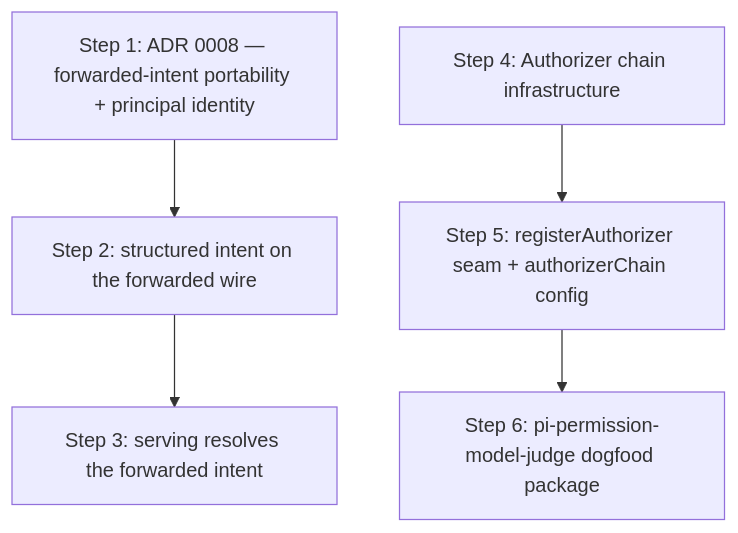
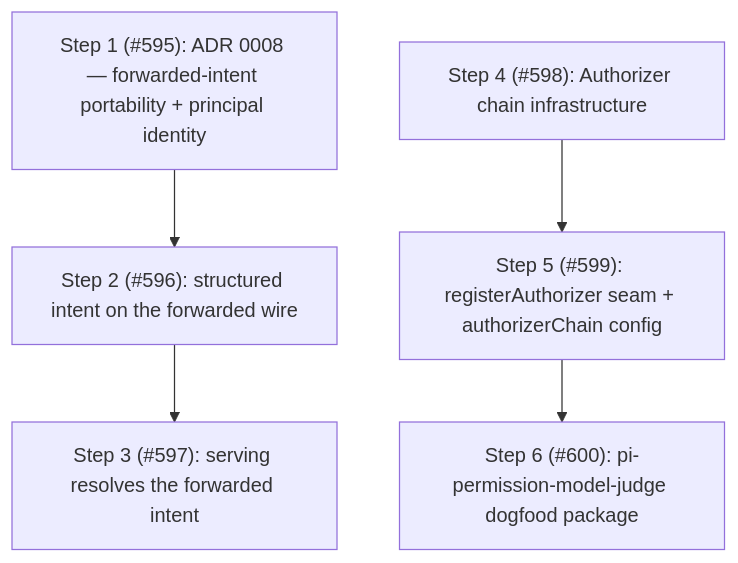
The fourth of 4 diagrams in packages/pi-permission-system/docs/architecture/architecture.md (ashebanow/pi-gotgenes-subagent), drawn with Mermaid before and after one commit. The commit also changed other lines of this file, not shown here.

Commit message:
docs(pi-permission-system): link Phase 12 roadmap steps to issues #595-#600

````diff
--- a/packages/pi-permission-system/docs/architecture/architecture.md
+++ b/packages/pi-permission-system/docs/architecture/architecture.md
@@ -989,7 +989,7 @@
 ```mermaid
 flowchart TD
-    S1["Step 1: ADR 0008 — forwarded-intent portability + principal identity"] --> S2["Step 2: structured intent on the forwarded wire"]
-    S2 --> S3["Step 3: serving resolves the forwarded intent"]
-    S4["Step 4: Authorizer chain infrastructure"] --> S5["Step 5: registerAuthorizer seam + authorizerChain config"]
-    S5 --> S6["Step 6: pi-permission-model-judge dogfood package"]
+    S1["Step 1 (#595): ADR 0008 — forwarded-intent portability + principal identity"] --> S2["Step 2 (#596): structured intent on the forwarded wire"]
+    S2 --> S3["Step 3 (#597): serving resolves the forwarded intent"]
+    S4["Step 4 (#598): Authorizer chain infrastructure"] --> S5["Step 5 (#599): registerAuthorizer seam + authorizerChain config"]
+    S5 --> S6["Step 6 (#600): pi-permission-model-judge dogfood package"]
 ```
````
